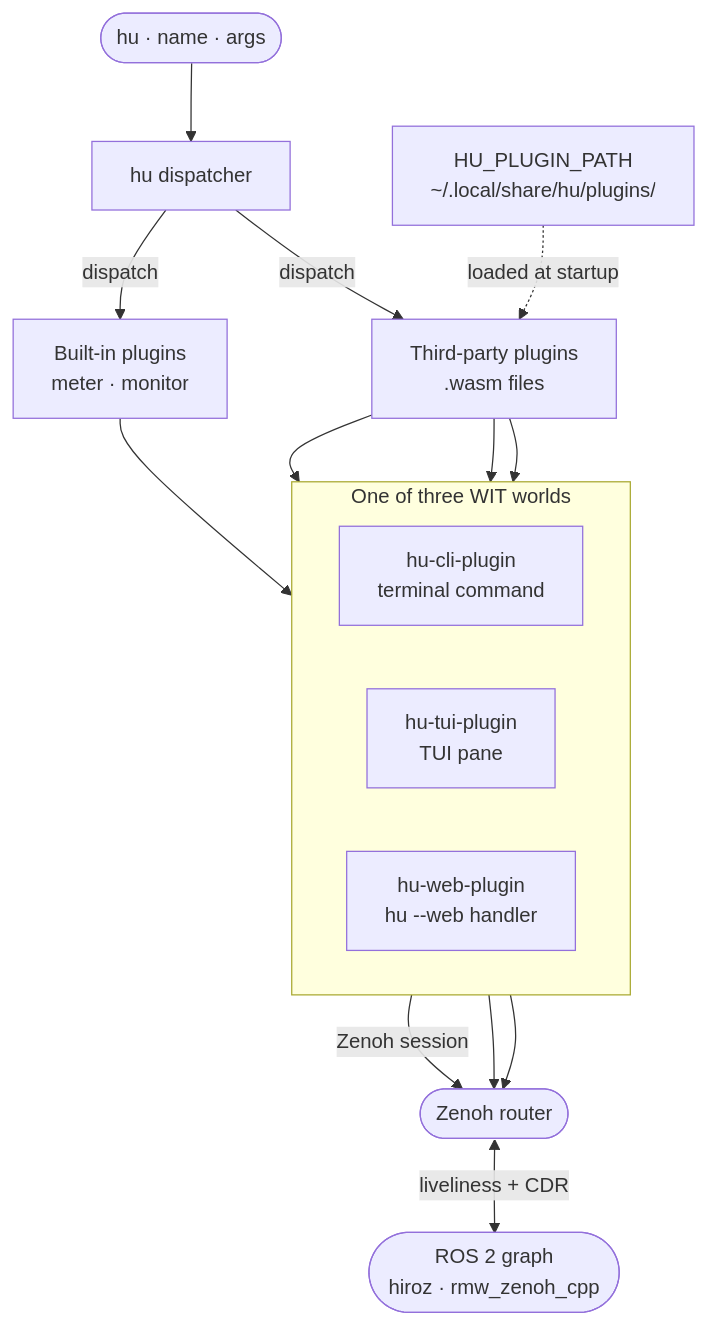
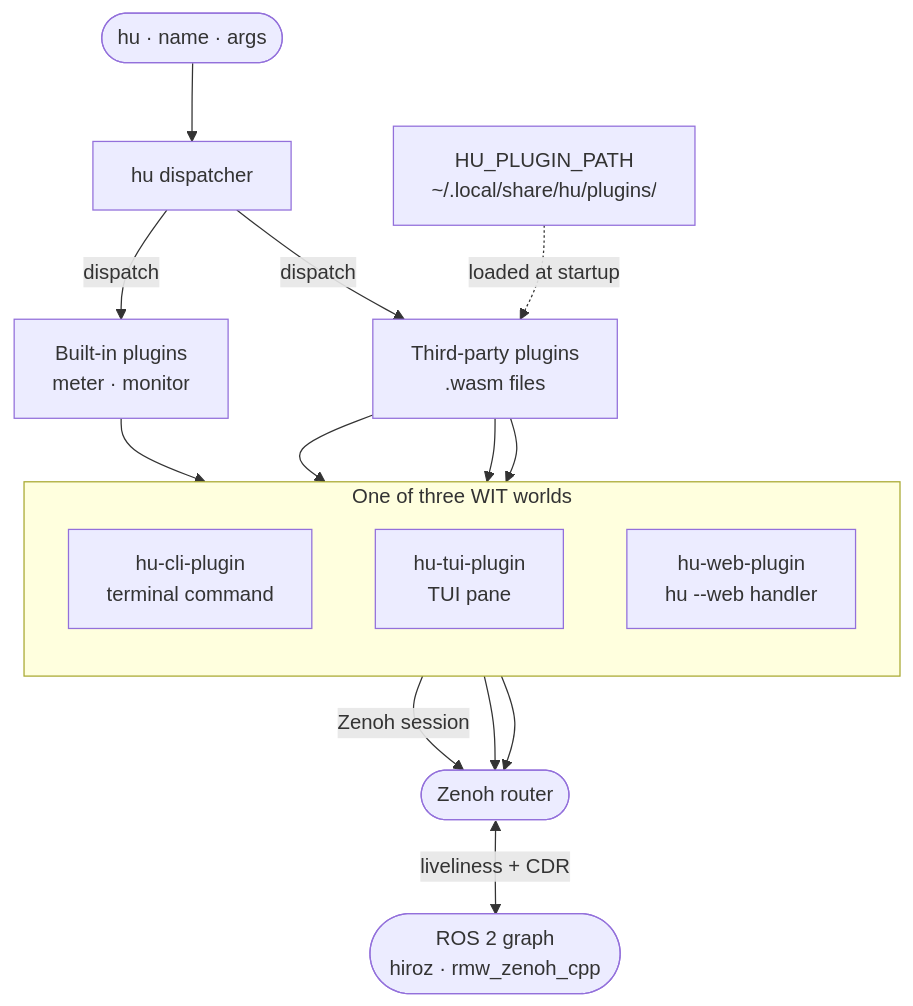
The diagram in docs/tools/why-hu.md (ZettaScaleLabs/hiroz), drawn with Mermaid before and after one commit.

Commit message:
docs(hu): lay out the three WIT worlds horizontally

````diff
--- a/docs/tools/why-hu.md
+++ b/docs/tools/why-hu.md
@@ -11,28 +11,28 @@
 ```mermaid
 graph TD
     accTitle: The hu toolkit — dispatcher, plugins, and the three WIT worlds over Zenoh
     accDescr: The hu binary dispatches a subcommand to a plugin. Built-in plugins (meter, monitor) and third-party WASM plugins both implement one of three WIT worlds (CLI, TUI, web) and reach the ROS 2 graph through a shared Zenoh router.
 
     user(["hu · name · args"]) --> disp["hu dispatcher"]
 
     disp -->|dispatch| builtin["Built-in plugins<br>meter · monitor"]
     disp -->|dispatch| wasm["Third-party plugins<br>.wasm files"]
     path["HU_PLUGIN_PATH<br>~/.local/share/hu/plugins/"] -. loaded at startup .-> wasm
 
     subgraph "One of three WIT worlds"
-        direction LR
+        direction TB
         cli["hu-cli-plugin<br>terminal command"]
         tui["hu-tui-plugin<br>TUI pane"]
         web["hu-web-plugin<br>hu --web handler"]
     end
 
     builtin --> cli
     wasm --> cli
     wasm --> tui
     wasm --> web
 
     cli -->|Zenoh session| router(["Zenoh router"])
     tui --> router
     web --> router
     router <-->|liveliness + CDR| ros2graph(["ROS 2 graph<br>hiroz · rmw_zenoh_cpp"])
 ```
````
